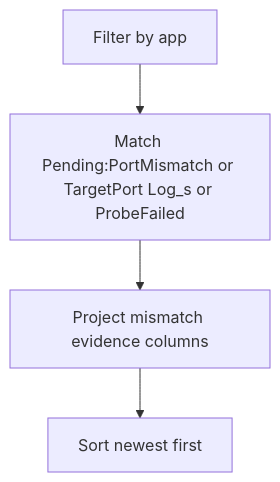
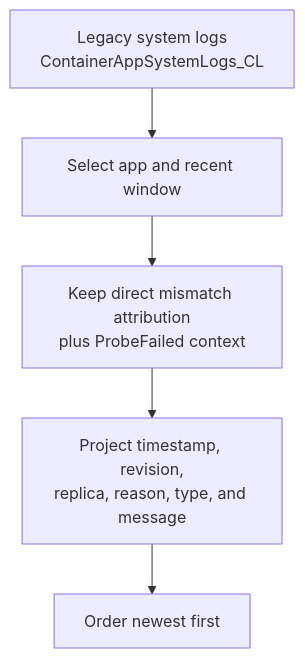
The diagram in docs/troubleshooting/kql/system-and-revisions/target-port-mismatch-detection.md (yeongseon/azure-container-apps-practical-guide), drawn with Mermaid before and after one commit. The commit also changed other lines of this file and 22 other files, not shown here.

First line of the commit message:
docs(diagrams): migrate KQL diagnostic flows (#622)

````diff
--- a/docs/troubleshooting/kql/system-and-revisions/target-port-mismatch-detection.md
+++ b/docs/troubleshooting/kql/system-and-revisions/target-port-mismatch-detection.md
@@ -27,4 +27,10 @@
 ```mermaid
 flowchart TD
-    A[Filter by app] --> B[Match Pending:PortMismatch or TargetPort Log_s or ProbeFailed] --> C[Project mismatch evidence columns] --> D[Sort newest first]
+    accTitle: Detect target-port mismatch attribution in system logs
+    accDescr: The query selects a recent window for one app from legacy system logs, keeps direct Pending PortMismatch and TargetPort attribution plus probe-failure context, projects the evidence fields, and sorts rows from newest to oldest.
+
+    SOURCE[Legacy system logs<br/>ContainerAppSystemLogs_CL] --> SCOPE[Select app and recent window]
+    SCOPE --> SIGNALS[Keep direct mismatch attribution<br/>plus ProbeFailed context]
+    SIGNALS --> EVIDENCE[Project timestamp, revision,<br/>replica, reason, type, and message]
+    EVIDENCE --> RESULT[Order newest first]
 ```
````
